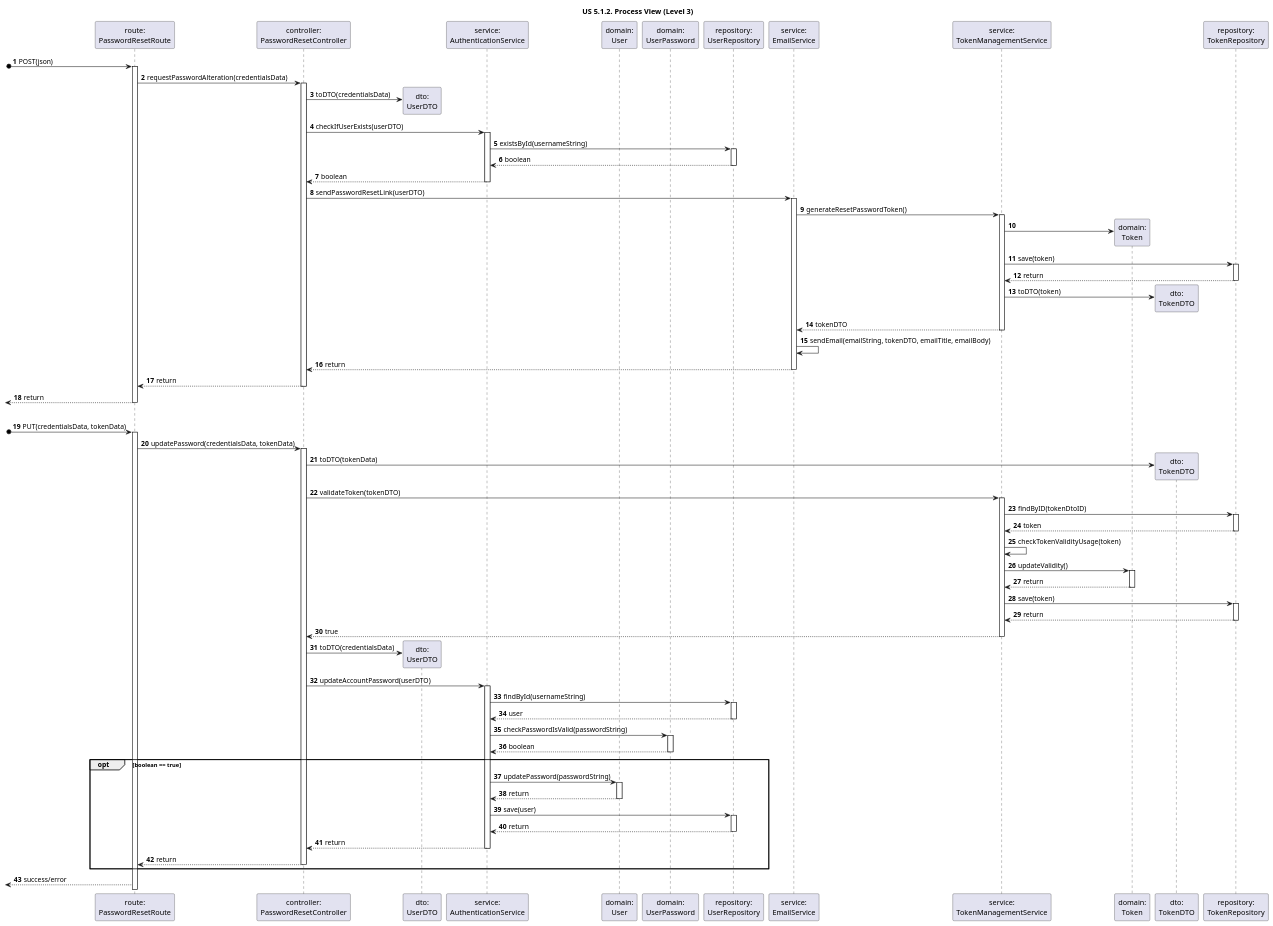
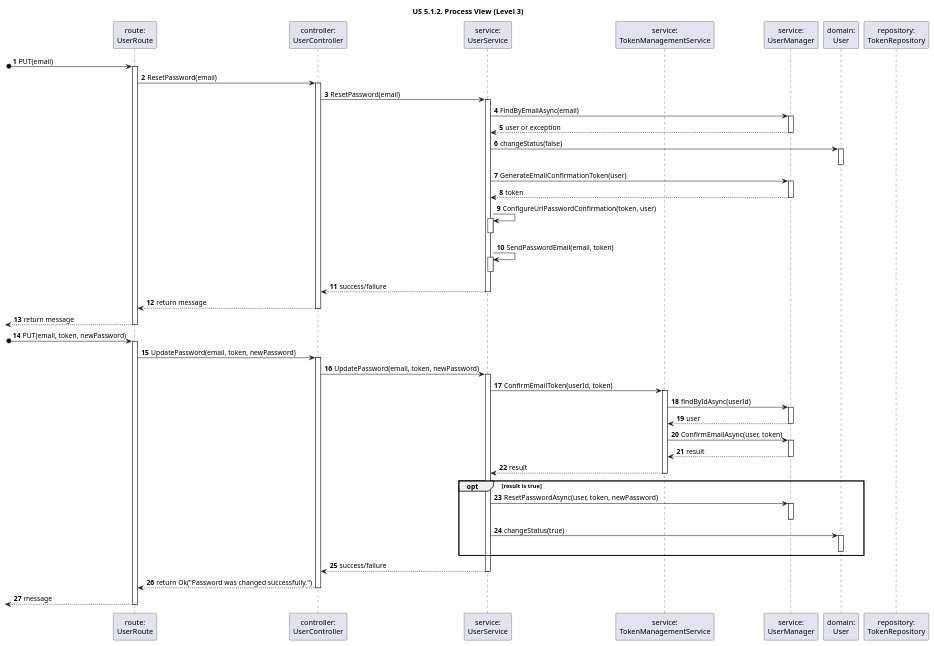
The diagram in docs/sprint-1/1221933/us-5.1.2/diagrams/n3/process-view-nivel3.puml (rita-barbosa/LAPR5-2425), drawn with PlantUML before and after one commit. The commit also changed 2 other files, not shown here.

```diff
--- a/docs/sprint-1/1221933/us-5.1.2/diagrams/n3/process-view-nivel3.puml
+++ b/docs/sprint-1/1221933/us-5.1.2/diagrams/n3/process-view-nivel3.puml
@@ -1,145 +1,107 @@
 @startuml
 'https://plantuml.com/sequence-diagram
 
 title "US 5.1.2. Process View (Level 3)"
 
 autonumber
 
-participant "route:\nPasswordResetRoute" as ROUTE
-participant "controller:\nPasswordResetController" as CTRL
-
-participant "dto:\nUserDTO" as UserDTO
-participant "service:\nAuthenticationService" as AUTHServ
+participant "route:\nUserRoute" as ROUTE
+participant "controller:\nUserController" as CTRL
+participant "service:\nUserService" as UserServ
+participant "service:\nTokenManagementService" as TOKENServ
+participant "service:\nUserManager" as UserMan
 participant "domain:\nUser" as USER
-participant "domain:\nUserPassword" as PASS
-participant "repository:\nUserRepository" as AUTHRepo
-participant "service:\nEmailService" as EMAILServ
-participant "service:\nTokenManagementService" as TOKENServ
-participant "domain:\nToken" as TOK
-participant "dto:\nTokenDTO" as TOKENDTO
 participant "repository:\nTokenRepository" as TOKENRepo
 
-[o-> ROUTE : POST(json)
+
+[o-> ROUTE : PUT(email)
 activate ROUTE
 
-ROUTE -> CTRL : requestPasswordAlteration(credentialsData)
+ROUTE -> CTRL : ResetPassword(email)
 activate CTRL
 
-CTRL -> UserDTO** : toDTO(credentialsData)
-CTRL -> AUTHServ : checkIfUserExists(userDTO)
-activate AUTHServ
+CTRL -> UserServ : ResetPassword(email)
+activate UserServ
 
-AUTHServ -> AUTHRepo : existsById(usernameString)
-activate AUTHRepo
+UserServ -> UserMan : FindByEmailAsync(email)
+activate UserMan
 
-AUTHRepo --> AUTHServ : boolean
-deactivate AUTHRepo
+UserMan --> UserServ : user or exception
+deactivate UserMan
 
-AUTHServ --> CTRL : boolean
-deactivate AUTHServ
+UserServ -> USER : changeStatus(false)
+activate USER
+deactivate USER
+
+UserServ -> UserMan : GenerateEmailConfirmationToken(user)
+activate UserMan
+UserMan --> UserServ : token
+deactivate UserMan
+
+UserServ -> UserServ : ConfigureUrlPasswordConfirmation(token, user)
+activate UserServ
+deactivate UserServ
+
+UserServ -> UserServ : SendPasswordEmail(email, token)
+activate UserServ
+deactivate UserServ
 
 
-CTRL -> EMAILServ : sendPasswordResetLink(userDTO)
-activate EMAILServ
+UserServ --> CTRL : success/failure
+deactivate UserServ
 
-EMAILServ -> TOKENServ : generateResetPasswordToken()
+CTRL --> ROUTE : return message
+deactivate CTRL
+
+<-- ROUTE : return message
+deactivate ROUTE
+
+[o-> ROUTE : PUT(email, token, newPassword)
+activate ROUTE
+
+ROUTE -> CTRL : UpdatePassword(email, token, newPassword)
+activate CTRL
+
+CTRL -> UserServ : UpdatePassword(email, token, newPassword)
+activate UserServ
+
+UserServ -> TOKENServ : ConfirmEmailToken(userId, token)
 activate TOKENServ
 
-TOKENServ -> TOK **
+TOKENServ -> UserMan : findByIdAsync(userId)
+activate UserMan
 
-TOKENServ -> TOKENRepo : save(token)
-activate TOKENRepo
+UserMan --> TOKENServ : user
+deactivate UserMan
 
-TOKENRepo --> TOKENServ : return
-deactivate TOKENRepo
+TOKENServ -> UserMan : ConfirmEmailAsync(user, token)
+activate UserMan
 
-TOKENServ -> TOKENDTO ** : toDTO(token)
+UserMan --> TOKENServ : result
+deactivate UserMan
 
-TOKENServ --> EMAILServ : tokenDTO
+TOKENServ --> UserServ : result
 deactivate TOKENServ
 
-EMAILServ -> EMAILServ : sendEmail(emailString, tokenDTO, emailTitle, emailBody)
 
-EMAILServ --> CTRL : return
-deactivate EMAILServ
+opt result is true
+UserServ -> UserMan : ResetPasswordAsync(user, token, newPassword)
+activate UserMan
+deactivate UserMan
 
-CTRL --> ROUTE : return
-deactivate CTRL
-
-deactivate CTRL
-<-- ROUTE : return
-
-deactivate ROUTE
-
-|||
-
-[o-> ROUTE : PUT(credentialsData, tokenData)
-activate ROUTE
-
-ROUTE -> CTRL : updatePassword(credentialsData, tokenData)
-activate CTRL
-
-CTRL -> TOKENDTO ** : toDTO(tokenData)
-
-CTRL -> TOKENServ : validateToken(tokenDTO)
-activate TOKENServ
-
-TOKENServ -> TOKENRepo : findByID(tokenDtoID)
-activate TOKENRepo
-
-TOKENRepo --> TOKENServ : token
-deactivate TOKENRepo
-
-TOKENServ -> TOKENServ : checkTokenValidityUsage(token)
-TOKENServ -> TOK : updateValidity()
-activate TOK
-TOK --> TOKENServ : return
-deactivate TOK
-
-TOKENServ -> TOKENRepo : save(token)
-activate TOKENRepo
-
-TOKENRepo --> TOKENServ : return
-deactivate TOKENRepo
-
-TOKENServ --> CTRL : true
-deactivate TOKENServ
-
-CTRL -> UserDTO ** : toDTO(credentialsData)
-
-CTRL -> AUTHServ : updateAccountPassword(userDTO)
-activate AUTHServ
-
-AUTHServ -> AUTHRepo : findById(usernameString)
-activate AUTHRepo
-AUTHRepo --> AUTHServ : user
-deactivate AUTHRepo
-
-AUTHServ -> PASS : checkPasswordIsValid(passwordString)
-activate PASS
-PASS --> AUTHServ : boolean
-deactivate PASS
-
-opt boolean == true
-AUTHServ -> USER : updatePassword(passwordString)
+UserServ -> USER : changeStatus(true)
 activate USER
-USER --> AUTHServ : return
 deactivate USER
-
-
-AUTHServ -> AUTHRepo : save(user)
-activate AUTHRepo
-AUTHRepo --> AUTHServ : return
-deactivate AUTHRepo
-
-AUTHServ --> CTRL : return
-deactivate AUTHServ
-
-CTRL --> ROUTE : return
-deactivate CTRL
 
 end opt
 
-<-- ROUTE : success/error
+UserServ --> CTRL : success/failure
+deactivate UserServ
+
+CTRL --> ROUTE : return Ok("Password was changed successfully.")
+deactivate CTRL
+
+<-- ROUTE : message
+deactivate ROUTE
 
 @enduml
```
